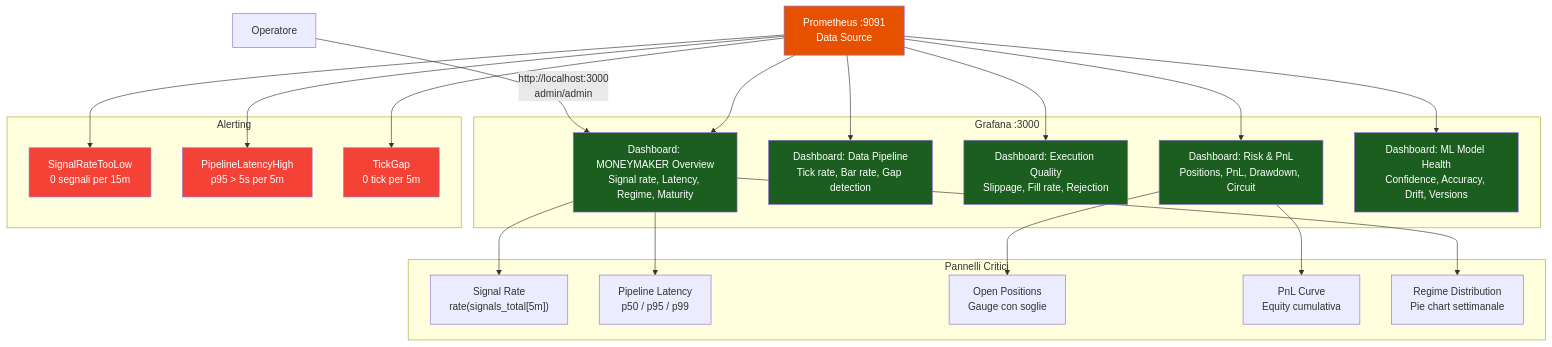
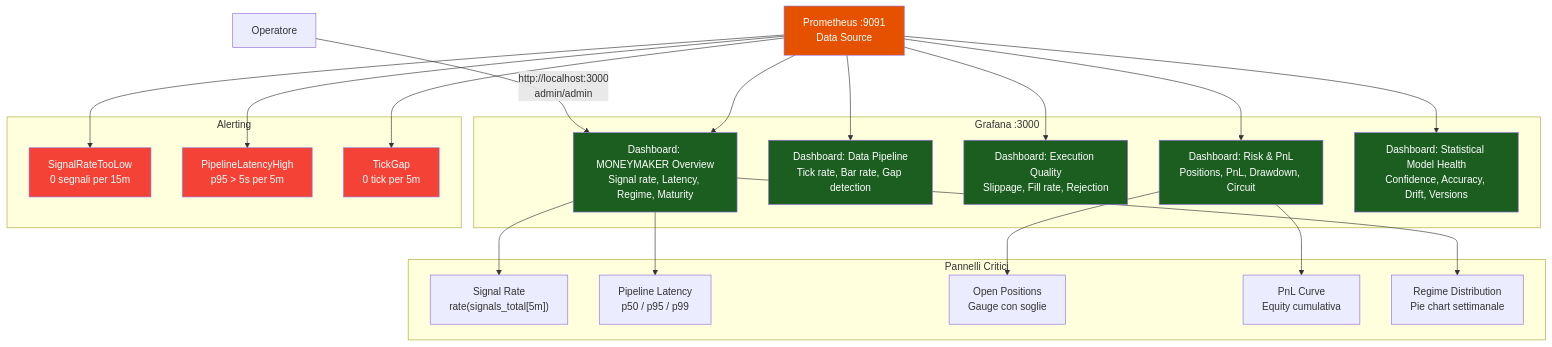
Before and after one commit to renanaugustomacena-ux/invest-smart: diagram 11 of 11 in docs/architecture/sistema-italiano/08_MONITORAGGIO_E_STABILITA.md, drawn with Mermaid. The commit also changed other lines of this file, not shown here.

````diff
--- a/docs/architecture/sistema-italiano/08_MONITORAGGIO_E_STABILITA.md
+++ b/docs/architecture/sistema-italiano/08_MONITORAGGIO_E_STABILITA.md
@@ -1126,52 +1126,52 @@
 ```mermaid
 graph TD
     subgraph "Grafana :3000"
         D1["Dashboard: MONEYMAKER Overview<br/>Signal rate, Latency, Regime, Maturity"]
         D2["Dashboard: Data Pipeline<br/>Tick rate, Bar rate, Gap detection"]
         D3["Dashboard: Execution Quality<br/>Slippage, Fill rate, Rejection"]
         D4["Dashboard: Risk & PnL<br/>Positions, PnL, Drawdown, Circuit"]
-        D5["Dashboard: ML Model Health<br/>Confidence, Accuracy, Drift, Versions"]
+        D5["Dashboard: Statistical Model Health<br/>Confidence, Accuracy, Drift, Versions"]
     end
 
     subgraph "Pannelli Critici"
         P1["Signal Rate<br/>rate(signals_total[5m])"]
         P2["Pipeline Latency<br/>p50 / p95 / p99"]
         P3["Open Positions<br/>Gauge con soglie"]
         P4["PnL Curve<br/>Equity cumulativa"]
         P5["Regime Distribution<br/>Pie chart settimanale"]
     end
 
     PM["Prometheus :9091<br/>Data Source"] --> D1
     PM --> D2
     PM --> D3
     PM --> D4
     PM --> D5
 
     D1 --> P1
     D1 --> P2
     D4 --> P3
     D4 --> P4
     D1 --> P5
 
     USER["Operatore"] -->|"http://localhost:3000<br/>admin/admin"| D1
 
     subgraph "Alerting"
         AL1["SignalRateTooLow<br/>0 segnali per 15m"]
         AL2["PipelineLatencyHigh<br/>p95 > 5s per 5m"]
         AL3["TickGap<br/>0 tick per 5m"]
     end
 
     PM --> AL1
     PM --> AL2
     PM --> AL3
 
     style D1 fill:#1B5E20,color:white
     style D2 fill:#1B5E20,color:white
     style D3 fill:#1B5E20,color:white
     style D4 fill:#1B5E20,color:white
     style D5 fill:#1B5E20,color:white
     style PM fill:#E65100,color:white
     style AL1 fill:#F44336,color:white
     style AL2 fill:#F44336,color:white
     style AL3 fill:#F44336,color:white
 ```
````
